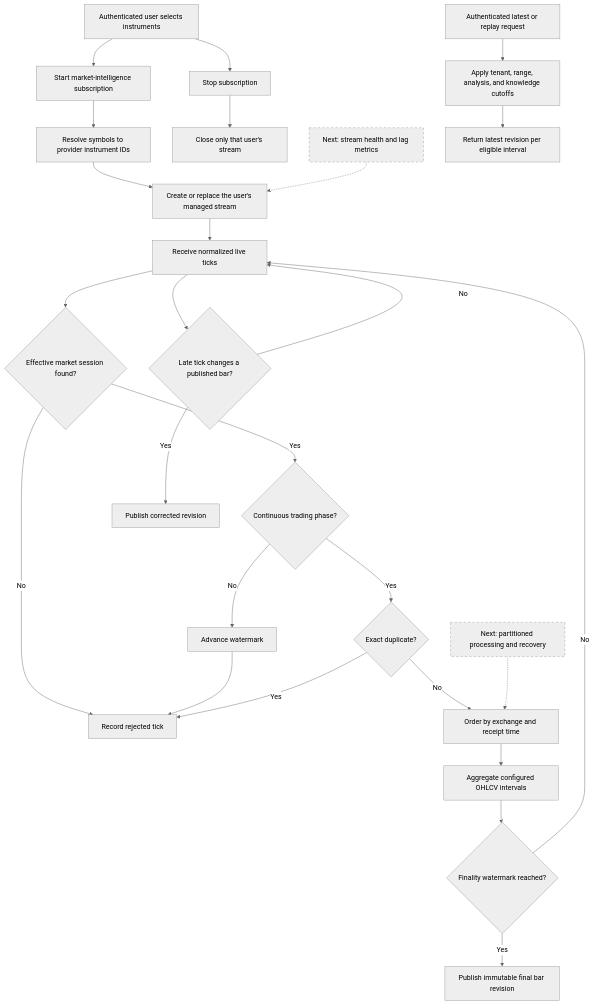
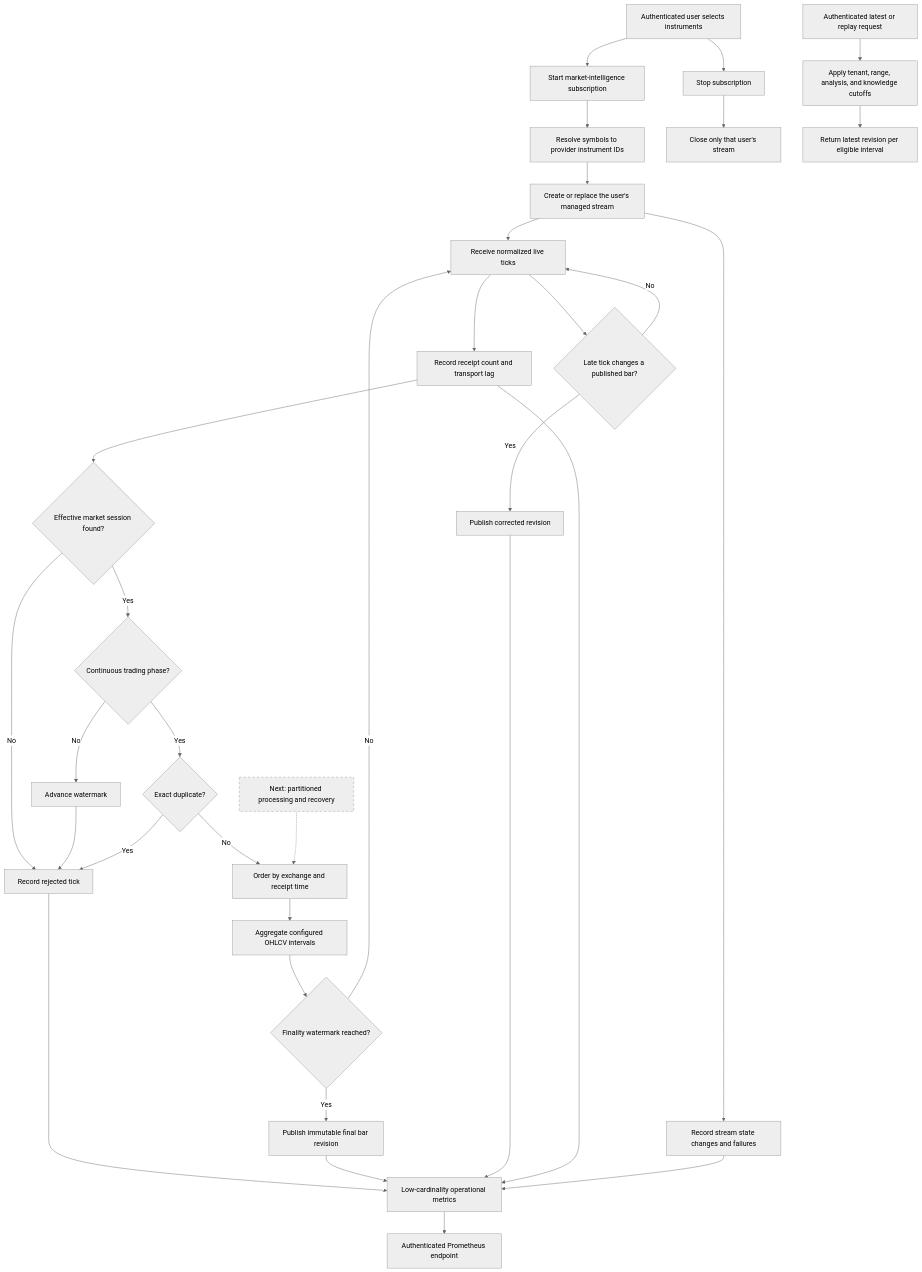
One commit to satyapp/predictiveEdge changed the fourth of 10 diagrams in docs/architecture/core-ai/market-intelligence-user-flows-and-sequences.md. Above: the diagram before and after it, drawn with Mermaid (neutral theme). The commit also changed other lines of this file and 91 other files, not shown here.

````diff
--- a/docs/architecture/core-ai/market-intelligence-user-flows-and-sequences.md
+++ b/docs/architecture/core-ai/market-intelligence-user-flows-and-sequences.md
@@ -84,32 +84,39 @@
 ```mermaid
 flowchart TD
     U["Authenticated user selects instruments"] --> S["Start market-intelligence subscription"]
     S --> R["Resolve symbols to provider instrument IDs"]
     R --> M["Create or replace the user's managed stream"]
     M --> T["Receive normalized live ticks"]
-    T --> C{"Effective market session found?"}
+    T --> TL["Record receipt count and transport lag"]
+    TL --> C{"Effective market session found?"}
     C -- "No" --> RJ["Record rejected tick"]
     C -- "Yes" --> P{"Continuous trading phase?"}
     P -- "No" --> W["Advance watermark"]
     W --> RJ
     P -- "Yes" --> D{"Exact duplicate?"}
     D -- "Yes" --> RJ
     D -- "No" --> O["Order by exchange and receipt time"]
     O --> B["Aggregate configured OHLCV intervals"]
     B --> F{"Finality watermark reached?"}
     F -- "No" --> T
     F -- "Yes" --> PB["Publish immutable final bar revision"]
     T --> L{"Late tick changes a published bar?"}
     L -- "Yes" --> CR["Publish corrected revision"]
     L -- "No" --> T
     U --> X["Stop subscription"]
     X --> CL["Close only that user's stream"]
 
-    N2["Next: stream health and lag metrics"] -.-> M
+    M --> SH["Record stream state changes and failures"]
+    RJ --> OM["Low-cardinality operational metrics"]
+    PB --> OM
+    CR --> OM
+    TL --> OM
+    SH --> OM
+    OM --> PROM["Authenticated Prometheus endpoint"]
     N3["Next: partitioned processing and recovery"] -.-> O
     Q["Authenticated latest or replay request"] --> QC["Apply tenant, range, analysis, and knowledge cutoffs"]
     QC --> QP["Return latest revision per eligible interval"]
 
     classDef next stroke-dasharray: 5 5;
-    class N2,N3 next;
+    class N3 next;
 ```
````
